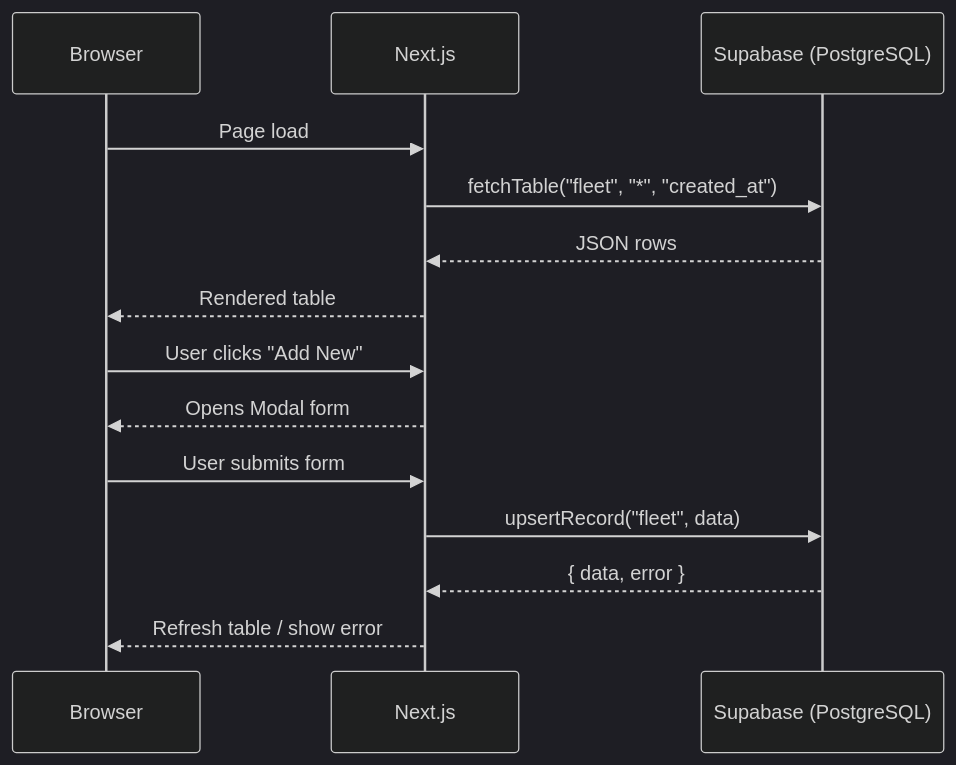
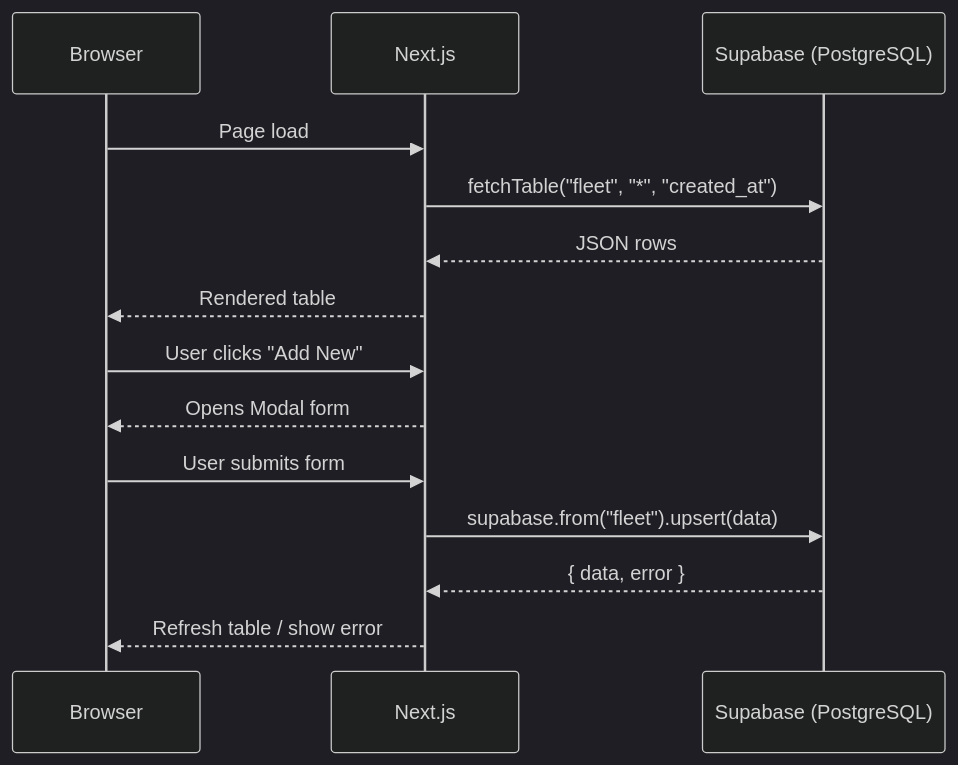
The fifth of 5 diagrams in docs/ARCHITECTURE.md (AIXMOS537/TMMT), drawn with Mermaid (dark theme) before and after one commit. The commit also changed other lines of this file and 2 other files, not shown here.

First line of the commit message:
docs: sync ARCHITECTURE, STATUS, README with current codebase state

````diff
--- a/docs/ARCHITECTURE.md
+++ b/docs/ARCHITECTURE.md
@@ -207,19 +207,19 @@
 ```mermaid
 sequenceDiagram
     participant Browser
     participant NextJS as Next.js
     participant Supabase as Supabase (PostgreSQL)
 
     Browser->>NextJS: Page load
     NextJS->>Supabase: fetchTable("fleet", "*", "created_at")
     Supabase-->>NextJS: JSON rows
     NextJS-->>Browser: Rendered table
 
     Browser->>NextJS: User clicks "Add New"
     NextJS-->>Browser: Opens Modal form
 
     Browser->>NextJS: User submits form
-    NextJS->>Supabase: upsertRecord("fleet", data)
+    NextJS->>Supabase: supabase.from("fleet").upsert(data)
     Supabase-->>NextJS: { data, error }
     NextJS-->>Browser: Refresh table / show error
 ```
````
